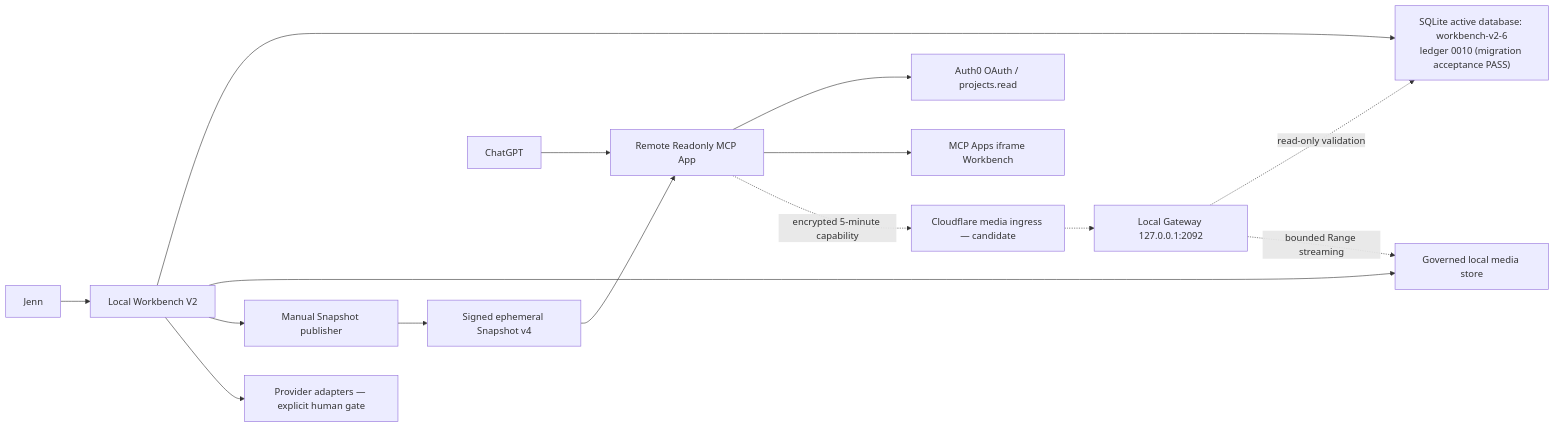
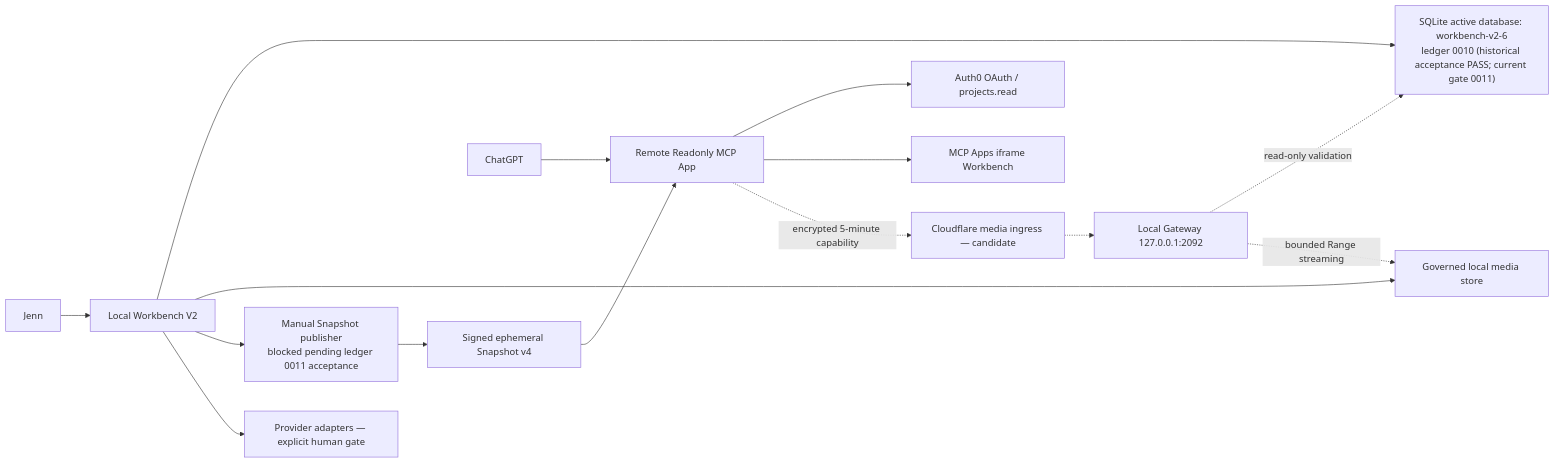
One commit to JENN2046/AI-Video-Production-Local-Bridge changed the diagram in docs/ARCHITECTURE.md. Above: the diagram before and after it, drawn with Mermaid. The commit also changed other lines of this file and 37 other files, not shown here.

````diff
--- a/docs/ARCHITECTURE.md
+++ b/docs/ARCHITECTURE.md
@@ -8,17 +8,17 @@
 ```mermaid
 flowchart LR
     J["Jenn"] --> W["Local Workbench V2"]
-    W --> DB["SQLite active database: workbench-v2-6\nledger 0010 (migration acceptance PASS)"]
+    W --> DB["SQLite active database: workbench-v2-6\nledger 0010 (historical acceptance PASS; current gate 0011)"]
     W --> FS["Governed local media store"]
-    W --> PA["Manual Snapshot publisher"]
+    W --> PA["Manual Snapshot publisher\nblocked pending ledger 0011 acceptance"]
     PA --> SS["Signed ephemeral Snapshot v4"]
     SS --> RM["Remote Readonly MCP App"]
     C["ChatGPT"] --> RM
     RM --> AU["Auth0 OAuth / projects.read"]
     RM --> UI["MCP Apps iframe Workbench"]
     RM -. "encrypted 5-minute capability" .-> CF["Cloudflare media ingress — candidate"]
     CF -.-> GW["Local Gateway 127.0.0.1:2092"]
     GW -. "read-only validation" .-> DB
     GW -. "bounded Range streaming" .-> FS
     W --> PR["Provider adapters — explicit human gate"]
 ```
````
